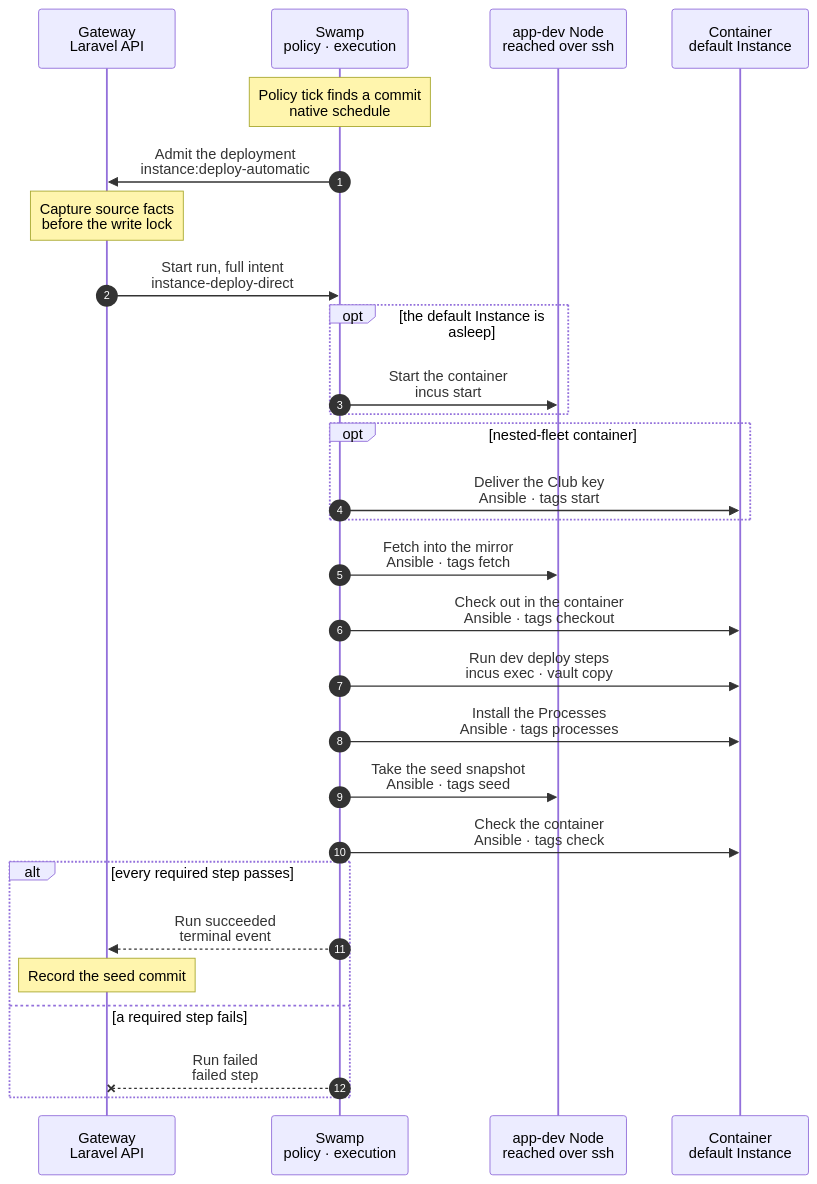
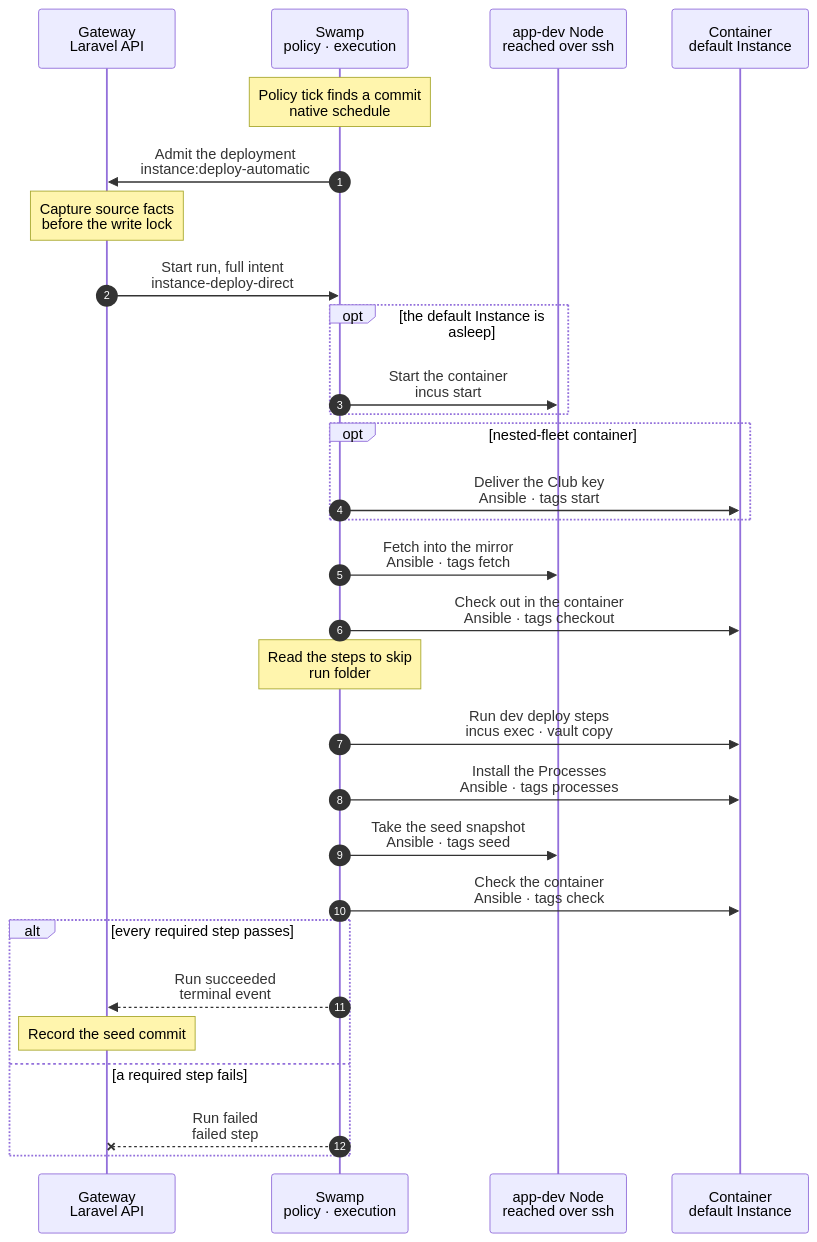
The diagram in docs/cli/instance/container/deploy-default.mmd (hardimpactdev/orbit), drawn with Mermaid before and after one commit. The commit also changed 2 other files, not shown here.

Commit message:
docs(instances): a development deploy step with inputs runs only when they changed
The charts first: the checkout compares a step's declared inputs and its
command with the step's record in the workspace, the new step "Read the
steps to skip" reads the unchanged names, and the step's guard skips them;
a step without inputs always runs.

```diff
--- a/docs/cli/instance/container/deploy-default.mmd
+++ b/docs/cli/instance/container/deploy-default.mmd
@@ -1,77 +1,83 @@
 sequenceDiagram
   %% Target design, container runtime (ADR 0250 step 3, docs/reference/development-containers.md#the-default-instance): the automatic development deployment of docs/reference/deployments.md, in the default Instance's container. Swamp's policy finds the commit when its shared producer is active; the Gateway admits the deployment and records its result. When the charts move into place, this becomes the development branch of the deploy chart. The default of a nested-fleet Project deploys after each Gateway release instead, with its inner fleet: container/fleet-refresh.mmd.
   %% Delivered state, 2026-11-11: the independent development tick (#3331) was reverted. Development auto-deploy stays in the shared automatic-deploy producer and depends on its policy setting. A Gateway release does not deploy development defaults. A clone starts at the last successfully deployed seed; instance:deploy on the container default explicitly refreshes it. The independent container-default policy remains the target.
   %% status: draft
   %% command: none · automatic deployment policy
   %% kind: instance.deploy
   autonumber
   %% lane GW icon=gateway pill=intent tone=blue
   %% lane SW icon=workflow pill=executes tone=green
   %% lane N icon=server pill=target tone=amber
   %% lane C icon=server pill=target tone=purple
   participant GW as Gateway<br/>Laravel API
   participant SW as Swamp<br/>policy · execution
   participant N as app-dev Node<br/>reached over ssh
   participant C as Container<br/>default Instance
   Note over SW: Policy tick finds a commit<br/>native schedule
   %%> What it does:
   %%> - Swamp's automatic deployment policy reads the default branch head and the checks, as it does today; it owns discovery, backoff and the retry limit
   SW->>GW: Admit the deployment<br/>instance:deploy-automatic
   %%> What it does:
   %%> - the Gateway admits `instance.deploy` for that exact commit, with the Instance lock and a repository read token in the vault
   Note over GW: Capture source facts<br/>before the write lock
   %%> What it does:
   %%> - reads before the write transaction; admission rechecks eligibility, source configuration and idempotency before recording facts; see /reference/deployments#container-source-facts
   %%> - refuses admission when capture or source classification fails
   GW->>SW: Start run, full intent<br/>instance-deploy-direct
   opt the default Instance is asleep
     SW->>N: Start the container<br/>incus start
   end
   %%> - the start waits only for the units the container's boot starts: FrankenPHP and the enabled Process units; a new or newly running Process is the next step's work
   opt nested-fleet container
     SW->>C: Deliver the Club key<br/>Ansible · tags start
     %%> What it does:
     %%> - pipelined module stdin into the container's /run (a tmpfs, never a snapshot), before any check of the inner fleet
     %%> - the result's `nested_fleet_club_key` is what this write did (`written`, `written_serve_not_restarted`, `unchanged`, `refused`); without a vault copy it says `missing`
   end
   SW->>N: Fetch into the mirror<br/>Ansible · tags fetch
   %%> What it does:
   %%> - fetches into the Node's mirror and pushes the branch into the container as a bundle; the token never enters the container
   %%> - the bundle holds only what the workspace lacks: its prerequisite is the newest commit the branch shares with the workspace's HEAD, or the tip's parent when the workspace already holds the tip; a workspace whose HEAD the mirror does not hold (local commits) or that has none (a first deploy) gets the whole branch; the checkout sees the same refs as with the whole branch, so its refusals stay as they are
   %%> - a pinned commit off the branch's first-parent chain refuses `deployment.commit_not_on_branch`
   SW->>C: Check out in the container<br/>Ansible · tags checkout
   %%> What it does:
   %%> - the same checks as a checkout default: a dirty tree refuses `deployment.checkout_dirty`, a diverged branch `deployment.branch_diverged`
+  Note over SW: Read the steps to skip<br/>run folder
+  %%> What it does:
+  %%> - reads the names the checkout found unchanged; only a deployment with a step that has `inputs` runs it
   SW->>C: Run dev deploy steps<br/>incus exec · vault copy
   %%> What it does:
   %%> - the Project's development deploy steps, as `orbit`: they install changed dependencies and migrate
+  %%> - a step with `inputs` runs only when they or its command changed since its last passed run in this workspace: the checkout compares the Git object IDs of its inputs at the commit and its command's digest with the step's record in `.git/orbit-deploy-steps`, and the step's guard skips it when they match; a passed step records them; a step without `inputs` always runs
+  %%> Why:
+  %%> - most releases change no lock file: an install that finds nothing to do still costs its tool's start, its autoload and its scripts, about 4 s a step
   SW->>C: Install the Processes<br/>Ansible · tags processes
   %%> What it does:
   %%> - installs the Project's new and changed development Process definitions as `orbit-*` units, with their environment files from the vault
   %%> - restarts a changed unit and removes a former environment file
   %%> - removes the unit and environment folder of a Process whose definition the Project removed; admission marked its record `removing`
   %%> - enables and starts each running unit and waits for it; a unit that does not become active fails with its name in the detail, and only its Process is recorded failed
   SW->>N: Take the seed snapshot<br/>Ansible · tags seed
   %%> - prepares a Node/Vite default’s private Node store as orbit before the existing snapshot stop/start boundary; this conversion itself never restarts a Process
   %%> - a converted store requires a new seed even at the same commit, so clones inherit it; older seeds remain slower but correct until the explicit deploy refreshes them
   %%> What it does:
   %%> - stops the default's Processes for a moment, snapshots the container and starts them again, so clones copy no half-written file
   %%> - every passed deployment retakes `seed-<commit>`, also at the same commit, so a clone copies the default's current caches and built files
   %%> - deletes older seed snapshots that no clone uses
   %%> - a default with an inner volume: the volume's snapshot of the same name is the other half of the seed; it is taken right after the container's, retaken when it is missing, and the older halves go only after both new halves exist. Right before the volume's half, `sync -f /srv/inner-pool` as root in the container commits btrfs, so the snapshot holds what the fleet wrote; a failed flush or volume snapshot deletes the new halves and fails with `instance.seed_volume_flush_failed` or `instance.seed_volume_snapshot_failed`; the old pair stays
   %%> - while the deployment is open, a clone of the default refuses `instance.default_seed_in_flight`, so no copy reads one half before the retake and the other after it
   %%> - starting the units again restarts every running Process on the new commit, such as a queue worker
   SW->>C: Check the container<br/>Ansible · tags check
   %%> What it does:
   %%> - the branch is checked out at the commit and the units are active, else `deployment.branch_changed` or `deployment.processes_inactive`
   alt every required step passes
     SW-->>GW: Run succeeded<br/>terminal event
     Note over GW: Record the seed commit
     %%> Result:
     %%> - deletes the Processes marked `removing` and names them in `processes_removed`
     %%> - new clones start at this snapshot; existing clones do not change
   else a required step fails
     SW--xGW: Run failed<br/>failed step
     %%> Result:
     %%> - no new seed snapshot is taken, so clones keep starting at the last commit that deployed; Swamp's policy retries after its backoff
   end
```
